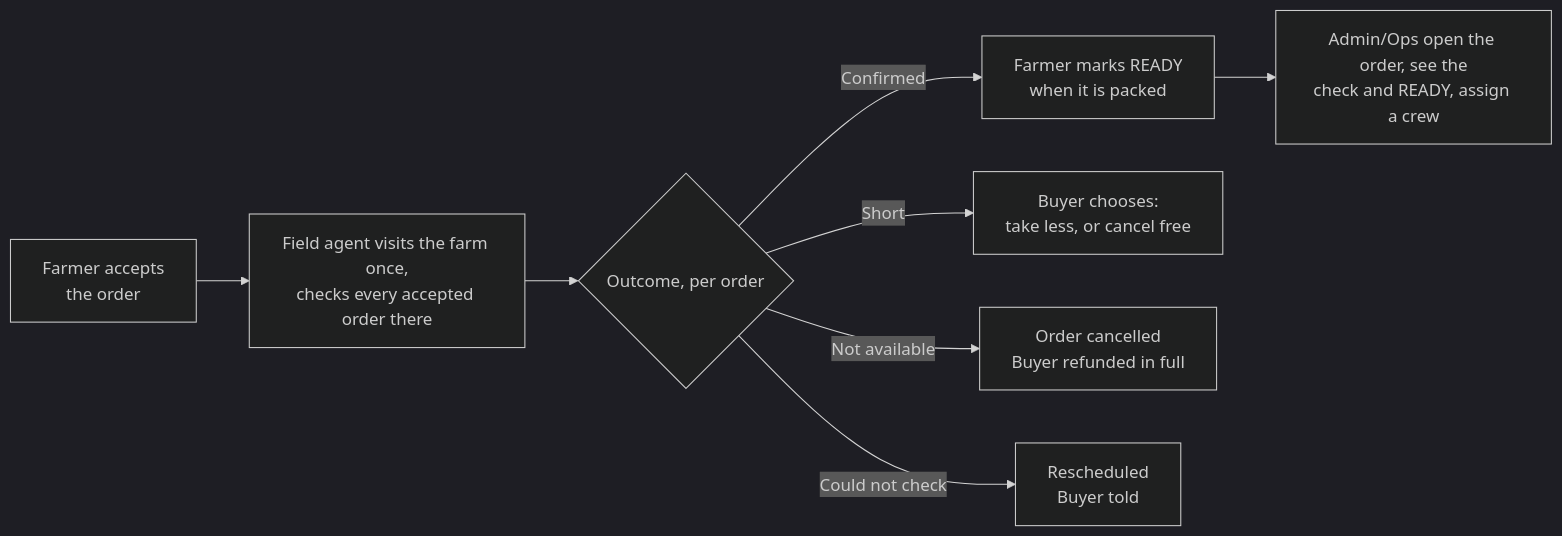
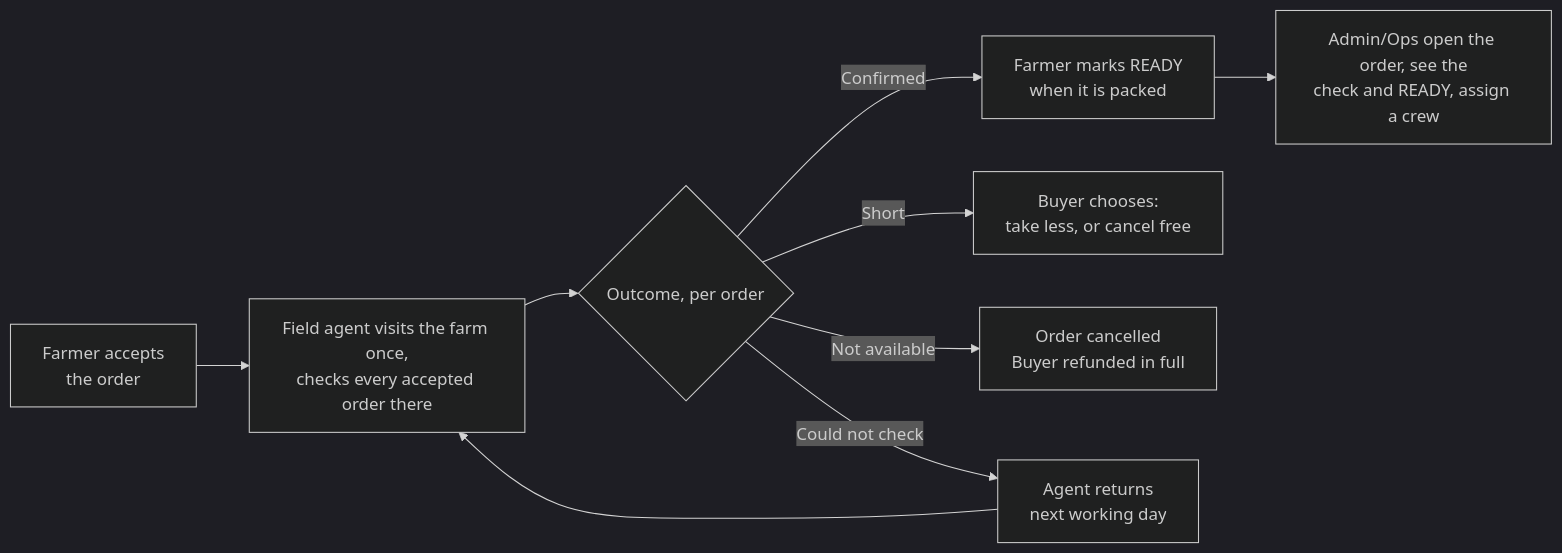
One commit to cropdoor/cropdoor-almanac changed the diagram in docs/domain/order-availability-check.md. Above: the diagram before and after it, drawn with Mermaid (dark theme). The commit also changed other lines of this file and 4 other files, not shown here.

First line of the commit message:
docs(domain): audit pass — pages agree with the decided flow

````diff
--- a/docs/domain/order-availability-check.md
+++ b/docs/domain/order-availability-check.md
@@ -24,10 +24,11 @@
 ```mermaid
 flowchart LR
     A[Farmer accepts<br/>the order] --> B[Field agent visits the farm once,<br/>checks every accepted order there]
     B --> C{Outcome, per order}
     C -->|Confirmed| D[Farmer marks READY<br/>when it is packed]
     D --> E[Admin/Ops open the order, see the<br/>check and READY, assign a crew]
     C -->|Short| F[Buyer chooses:<br/>take less, or cancel free]
     C -->|Not available| G[Order cancelled<br/>Buyer refunded in full]
-    C -->|Could not check| H[Rescheduled<br/>Buyer told]
+    C -->|Could not check| H[Agent returns<br/>next working day]
+    H --> B
 ```
````
